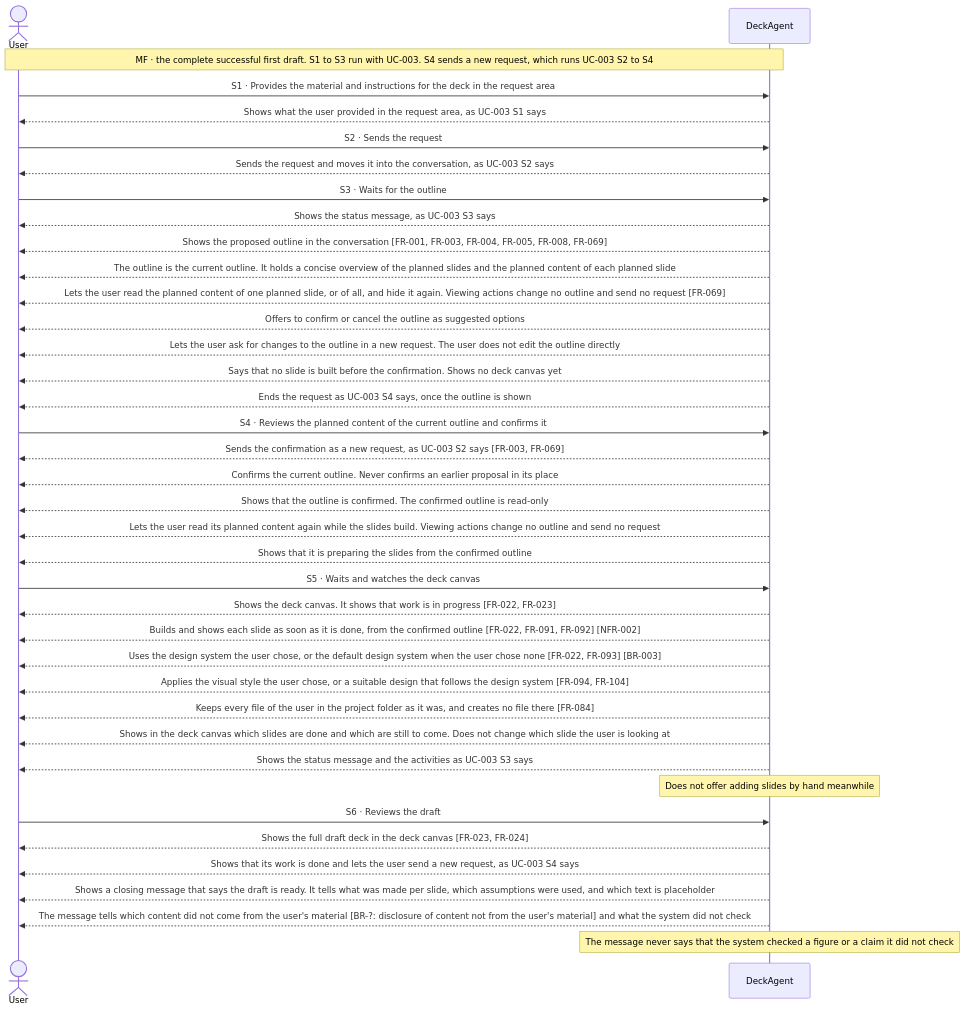
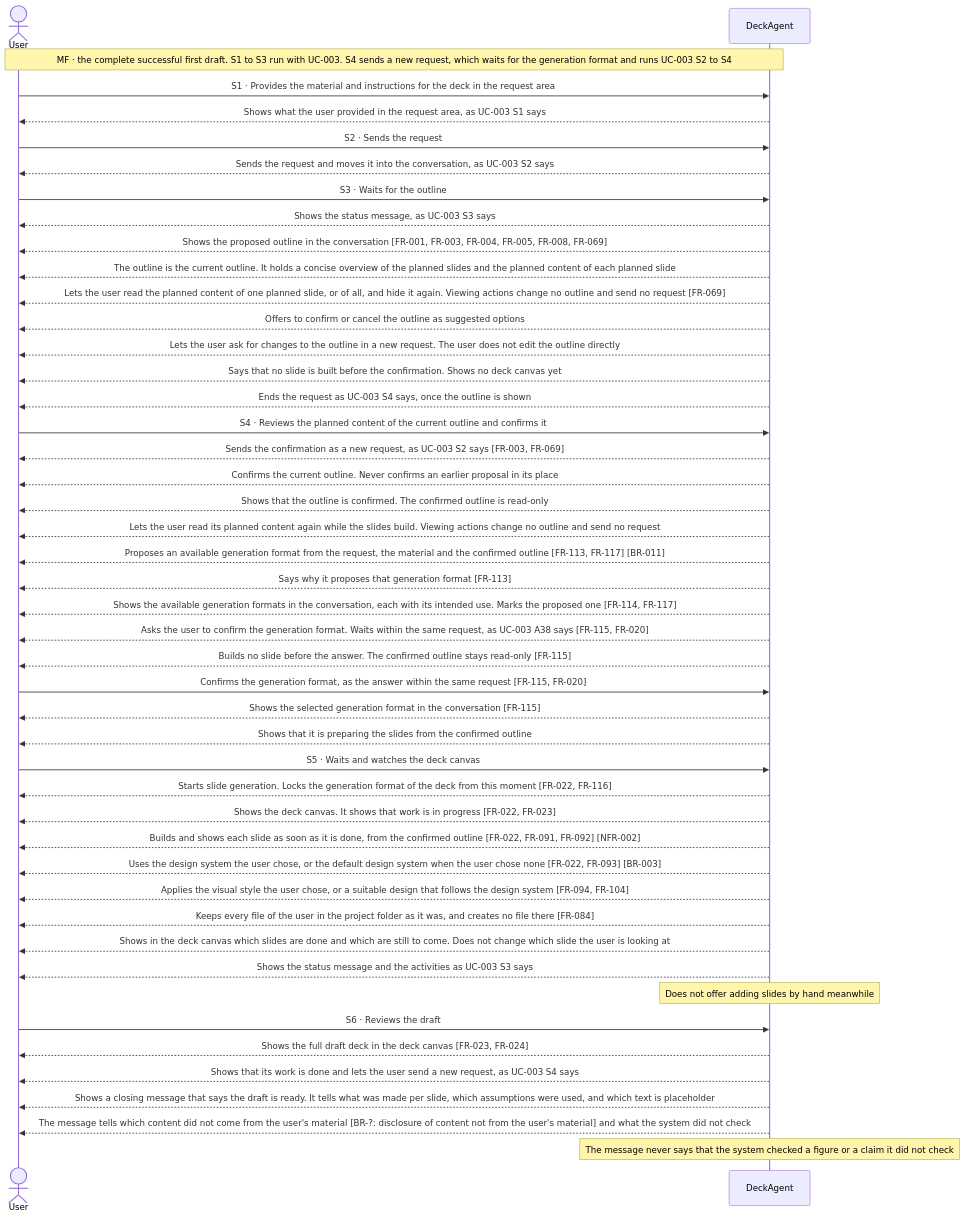
One commit to Luke23127006/DeckAgent changed the first of 32 diagrams in docs/spec/03-use-cases/UC-001.md. Above: the diagram before and after it, drawn with Mermaid. The commit also changed other lines of this file and 25 other files, not shown here.

First line of the commit message:
docs(spec): add generation format confirmation and deck export rules

````diff
--- a/docs/spec/03-use-cases/UC-001.md
+++ b/docs/spec/03-use-cases/UC-001.md
@@ -46,40 +49,48 @@
 ```mermaid
 sequenceDiagram
     actor User
     participant DeckAgent
-    Note over User,DeckAgent: MF · the complete successful first draft. S1 to S3 run with UC-003. S4 sends a new request, which runs UC-003 S2 to S4
+    Note over User,DeckAgent: MF · the complete successful first draft. S1 to S3 run with UC-003. S4 sends a new request, which waits for the generation format and runs UC-003 S2 to S4
     User->>DeckAgent: S1 · Provides the material and instructions for the deck in the request area
     DeckAgent-->>User: Shows what the user provided in the request area, as UC-003 S1 says
     User->>DeckAgent: S2 · Sends the request
     DeckAgent-->>User: Sends the request and moves it into the conversation, as UC-003 S2 says
     User->>DeckAgent: S3 · Waits for the outline
     DeckAgent-->>User: Shows the status message, as UC-003 S3 says
     DeckAgent-->>User: Shows the proposed outline in the conversation [FR-001, FR-003, FR-004, FR-005, FR-008, FR-069]
     DeckAgent-->>User: The outline is the current outline. It holds a concise overview of the planned slides and the planned content of each planned slide
     DeckAgent-->>User: Lets the user read the planned content of one planned slide, or of all, and hide it again. Viewing actions change no outline and send no request [FR-069]
     DeckAgent-->>User: Offers to confirm or cancel the outline as suggested options
     DeckAgent-->>User: Lets the user ask for changes to the outline in a new request. The user does not edit the outline directly
     DeckAgent-->>User: Says that no slide is built before the confirmation. Shows no deck canvas yet
     DeckAgent-->>User: Ends the request as UC-003 S4 says, once the outline is shown
     User->>DeckAgent: S4 · Reviews the planned content of the current outline and confirms it
     DeckAgent-->>User: Sends the confirmation as a new request, as UC-003 S2 says [FR-003, FR-069]
     DeckAgent-->>User: Confirms the current outline. Never confirms an earlier proposal in its place
     DeckAgent-->>User: Shows that the outline is confirmed. The confirmed outline is read-only
     DeckAgent-->>User: Lets the user read its planned content again while the slides build. Viewing actions change no outline and send no request
+    DeckAgent-->>User: Proposes an available generation format from the request, the material and the confirmed outline [FR-113, FR-117] [BR-011]
+    DeckAgent-->>User: Says why it proposes that generation format [FR-113]
+    DeckAgent-->>User: Shows the available generation formats in the conversation, each with its intended use. Marks the proposed one [FR-114, FR-117]
+    DeckAgent-->>User: Asks the user to confirm the generation format. Waits within the same request, as UC-003 A38 says [FR-115, FR-020]
+    DeckAgent-->>User: Builds no slide before the answer. The confirmed outline stays read-only [FR-115]
+    User->>DeckAgent: Confirms the generation format, as the answer within the same request [FR-115, FR-020]
+    DeckAgent-->>User: Shows the selected generation format in the conversation [FR-115]
     DeckAgent-->>User: Shows that it is preparing the slides from the confirmed outline
     User->>DeckAgent: S5 · Waits and watches the deck canvas
+    DeckAgent-->>User: Starts slide generation. Locks the generation format of the deck from this moment [FR-022, FR-116]
     DeckAgent-->>User: Shows the deck canvas. It shows that work is in progress [FR-022, FR-023]
     DeckAgent-->>User: Builds and shows each slide as soon as it is done, from the confirmed outline [FR-022, FR-091, FR-092] [NFR-002]
     DeckAgent-->>User: Uses the design system the user chose, or the default design system when the user chose none [FR-022, FR-093] [BR-003]
     DeckAgent-->>User: Applies the visual style the user chose, or a suitable design that follows the design system [FR-094, FR-104]
     DeckAgent-->>User: Keeps every file of the user in the project folder as it was, and creates no file there [FR-084]
     DeckAgent-->>User: Shows in the deck canvas which slides are done and which are still to come. Does not change which slide the user is looking at
     DeckAgent-->>User: Shows the status message and the activities as UC-003 S3 says
     note over DeckAgent: Does not offer adding slides by hand meanwhile
     User->>DeckAgent: S6 · Reviews the draft
     DeckAgent-->>User: Shows the full draft deck in the deck canvas [FR-023, FR-024]
     DeckAgent-->>User: Shows that its work is done and lets the user send a new request, as UC-003 S4 says
     DeckAgent-->>User: Shows a closing message that says the draft is ready. It tells what was made per slide, which assumptions were used, and which text is placeholder
     DeckAgent-->>User: The message tells which content did not come from the user's material [BR-?: disclosure of content not from the user's material] and what the system did not check
     note over DeckAgent: The message never says that the system checked a figure or a claim it did not check
 ```
````
